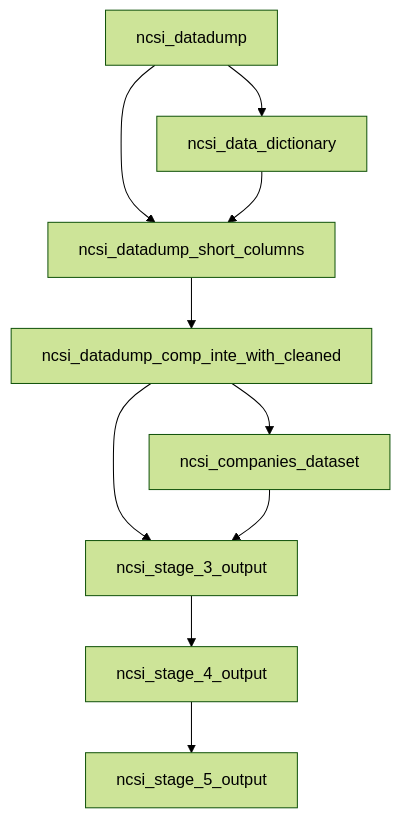
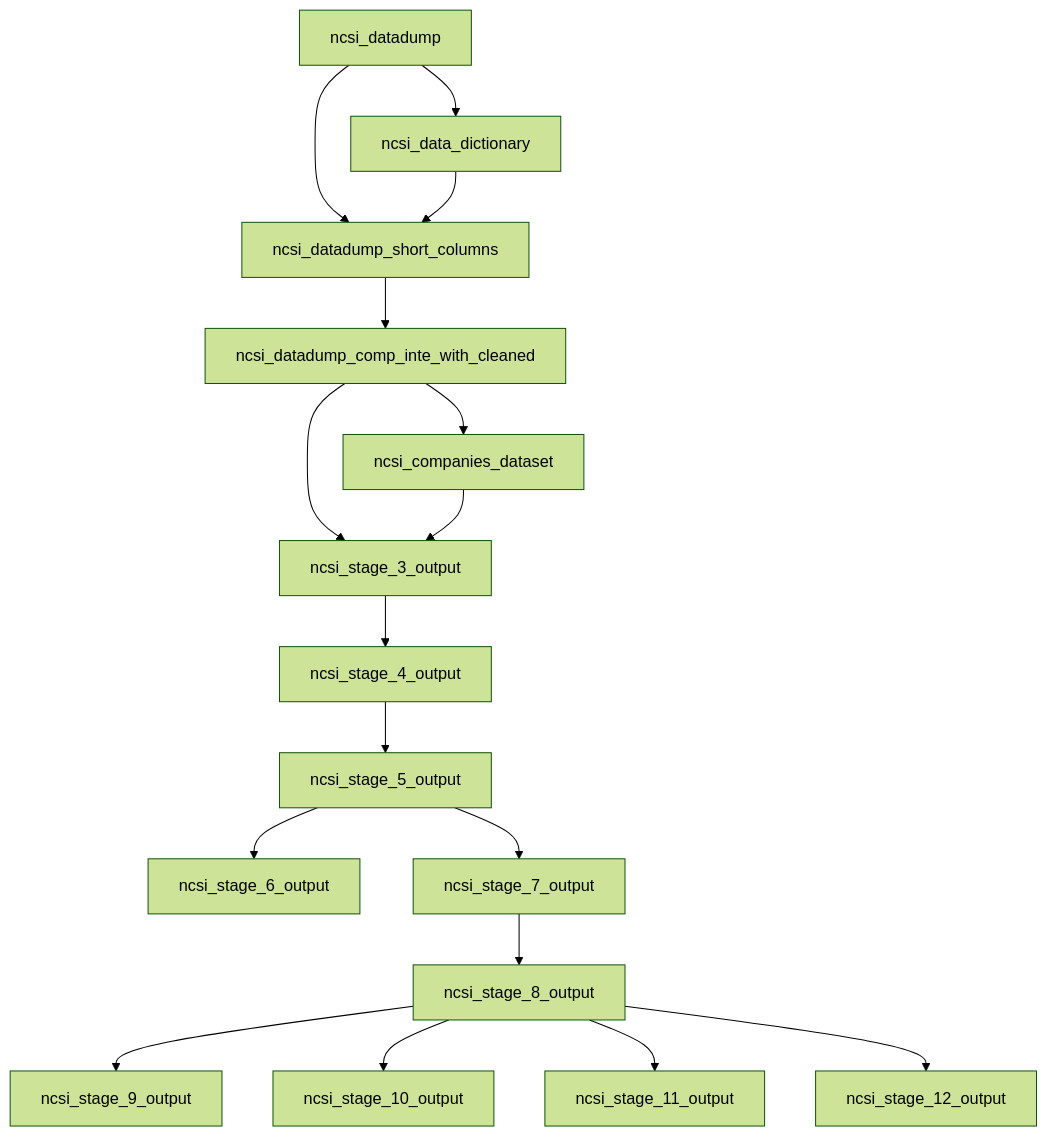
The diagram in Dagster/README.md (techsupport-Apercu/Dagster-Data-Quality-Standards-Verification-Project), drawn with Mermaid (forest theme) before and after one commit. The commit also changed other lines of this file and 7 other files, not shown here.

````diff
--- a/Dagster/README.md
+++ b/Dagster/README.md
@@ -7,12 +7,19 @@
 ```mermaid
 graph TD
      A[ncsi_datadump] --> B[ncsi_data_dictionary]
      A --> C[ncsi_datadump_short_columns]
      B --> C
      C --> D[ncsi_datadump_comp_inte_with_cleaned]
      D --> E[ncsi_companies_dataset]
      D --> F[ncsi_stage_3_output]
      E --> F
      F --> G[ncsi_stage_4_output]
      G --> H[ncsi_stage_5_output]
+    H --> I[ncsi_stage_6_output]
+    H --> J[ncsi_stage_7_output]
+    J --> K[ncsi_stage_8_output]
+    K --> L[ncsi_stage_9_output]
+    K --> M[ncsi_stage_10_output]
+    K --> N[ncsi_stage_11_output]
+    K --> O[ncsi_stage_12_output]
 ```
````
